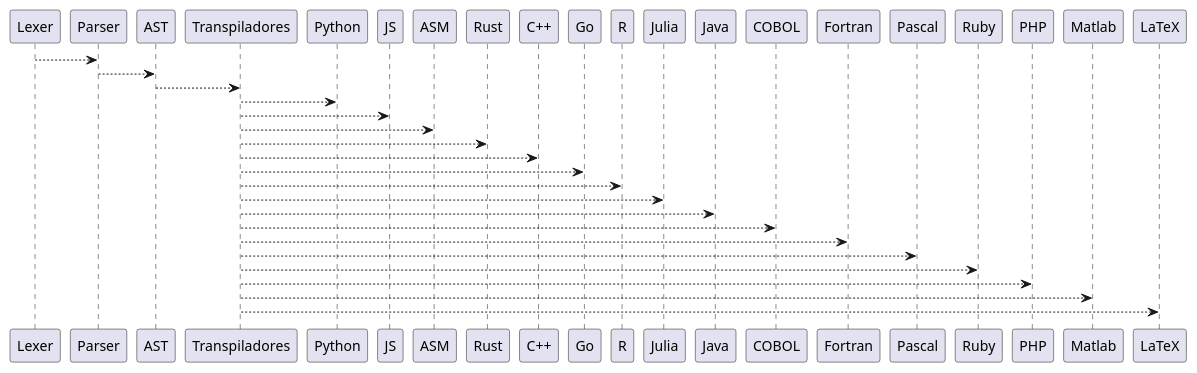
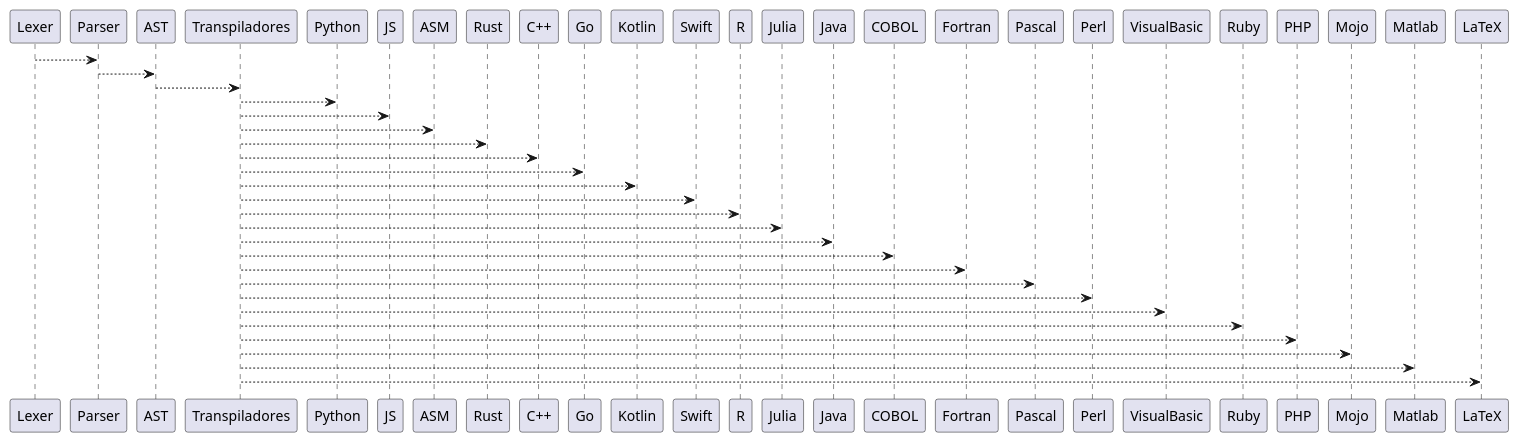
Before and after one commit to Alphonsus411/pCobra: the diagram in frontend/docs/uml/arquitectura_general.puml, drawn with PlantUML. The commit also changed 11 other files, not shown here.

```diff
--- a/frontend/docs/uml/arquitectura_general.puml
+++ b/frontend/docs/uml/arquitectura_general.puml
@@ -1,21 +1,26 @@
 @startuml
 Lexer --> Parser
 Parser --> AST
 AST --> Transpiladores
 Transpiladores --> Python
 Transpiladores --> JS
 Transpiladores --> ASM
 Transpiladores --> Rust
 Transpiladores --> "C++"
 Transpiladores --> Go
+Transpiladores --> Kotlin
+Transpiladores --> Swift
 Transpiladores --> R
 Transpiladores --> Julia
 Transpiladores --> Java
 Transpiladores --> COBOL
 Transpiladores --> Fortran
 Transpiladores --> Pascal
+Transpiladores --> Perl
+Transpiladores --> VisualBasic
 Transpiladores --> Ruby
 Transpiladores --> PHP
+Transpiladores --> Mojo
 Transpiladores --> Matlab
 Transpiladores --> LaTeX
 @enduml
```
